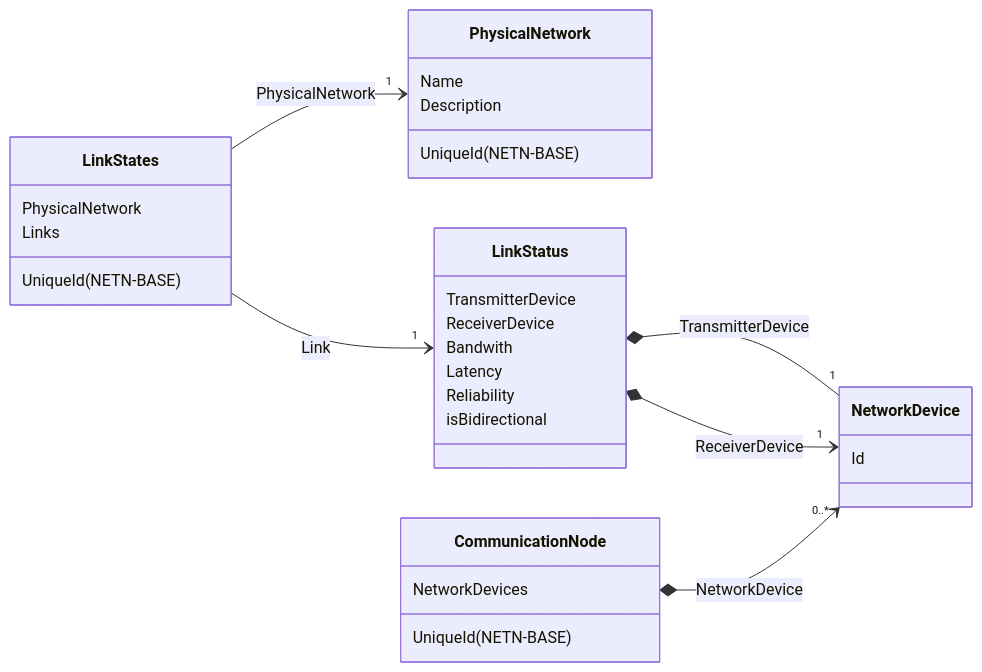
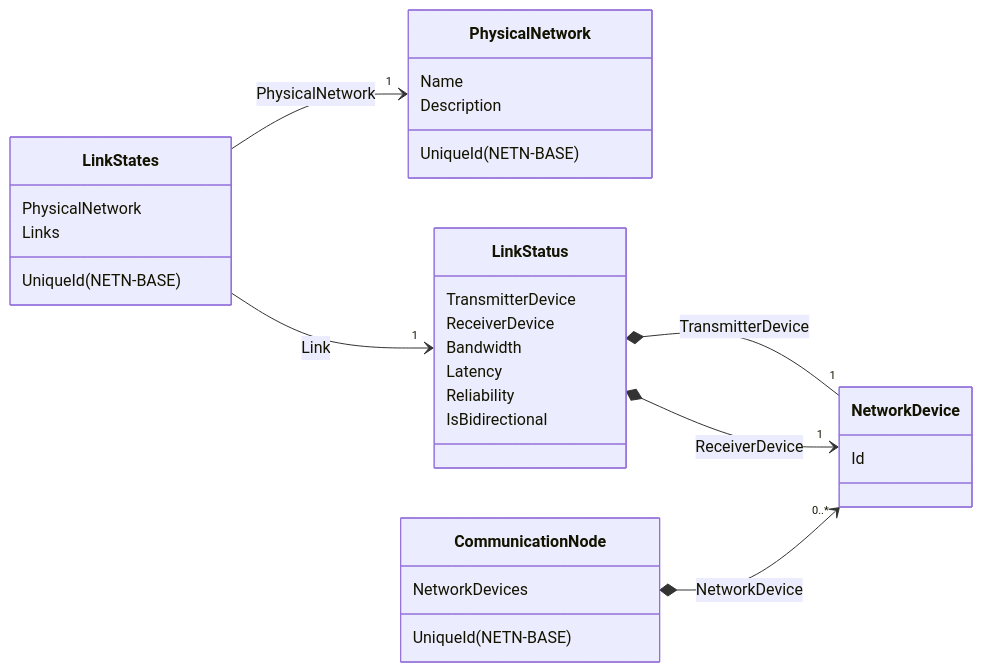
One commit to AMSP-04/NETN-FOM changed the fifth of 7 diagrams in modules/NETN-COM/NETN-COM.md. Above: the diagram before and after it, drawn with Mermaid. The commit also changed other lines of this file, not shown here.

````diff
--- a/modules/NETN-COM/NETN-COM.md
+++ b/modules/NETN-COM/NETN-COM.md
@@ -158,37 +158,37 @@
 ```mermaid
 classDiagram
 direction LR
 
 
 
 PhysicalNetwork:Name
 PhysicalNetwork:Description
 PhysicalNetwork: UniqueId(NETN-BASE)
 
 
 LinkStates: PhysicalNetwork
 LinkStates: Links
 LinkStates: UniqueId(NETN-BASE)
 
 
 
 LinkStates --> "1" PhysicalNetwork : PhysicalNetwork
 LinkStates --> "1" LinkStatus : Link
 
 
 LinkStatus:TransmitterDevice
 LinkStatus:ReceiverDevice
-LinkStatus:Bandwith
+LinkStatus:Bandwidth
 LinkStatus:Latency
 LinkStatus:Reliability
-LinkStatus:isBidirectional
+LinkStatus:IsBidirectional
 LinkStatus *-- "1" NetworkDevice:TransmitterDevice
 LinkStatus *--> "1" NetworkDevice:ReceiverDevice
 CommunicationNode *--> "0..*" NetworkDevice:NetworkDevice
 
 NetworkDevice:Id
 
 CommunicationNode:NetworkDevices
 CommunicationNode: UniqueId(NETN-BASE)
 
 ```
````
